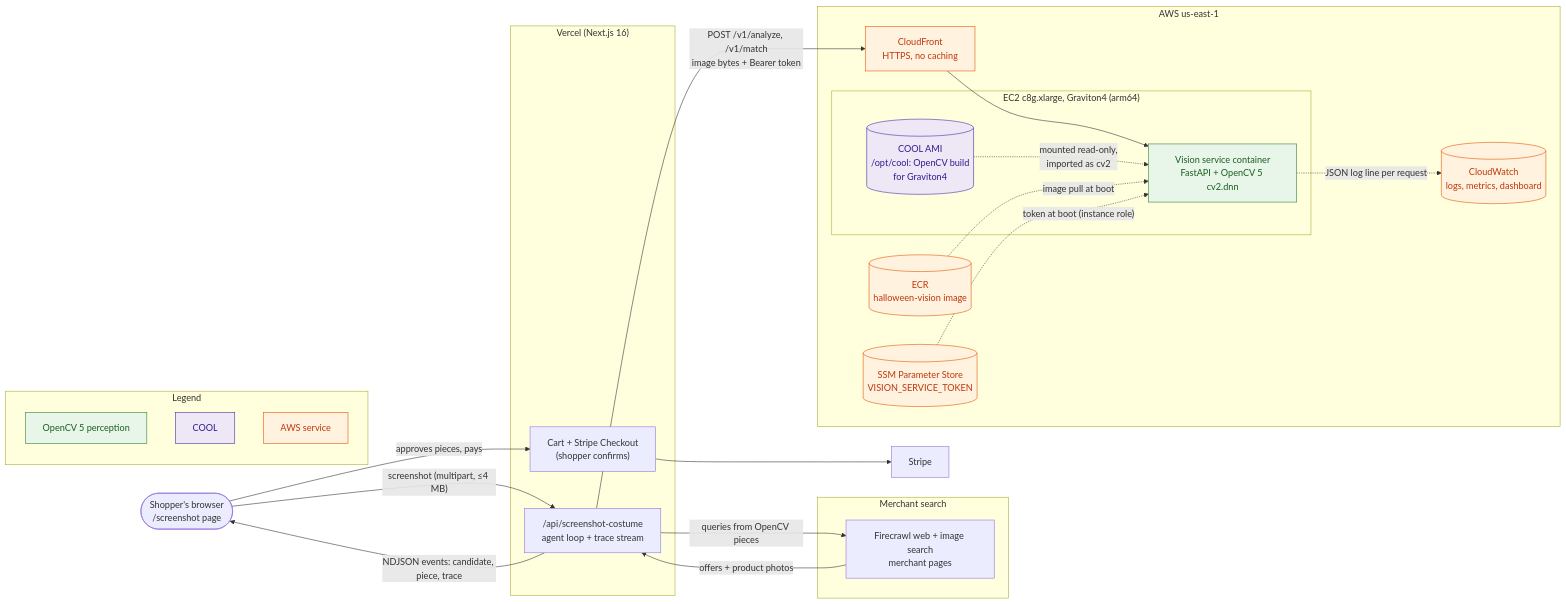
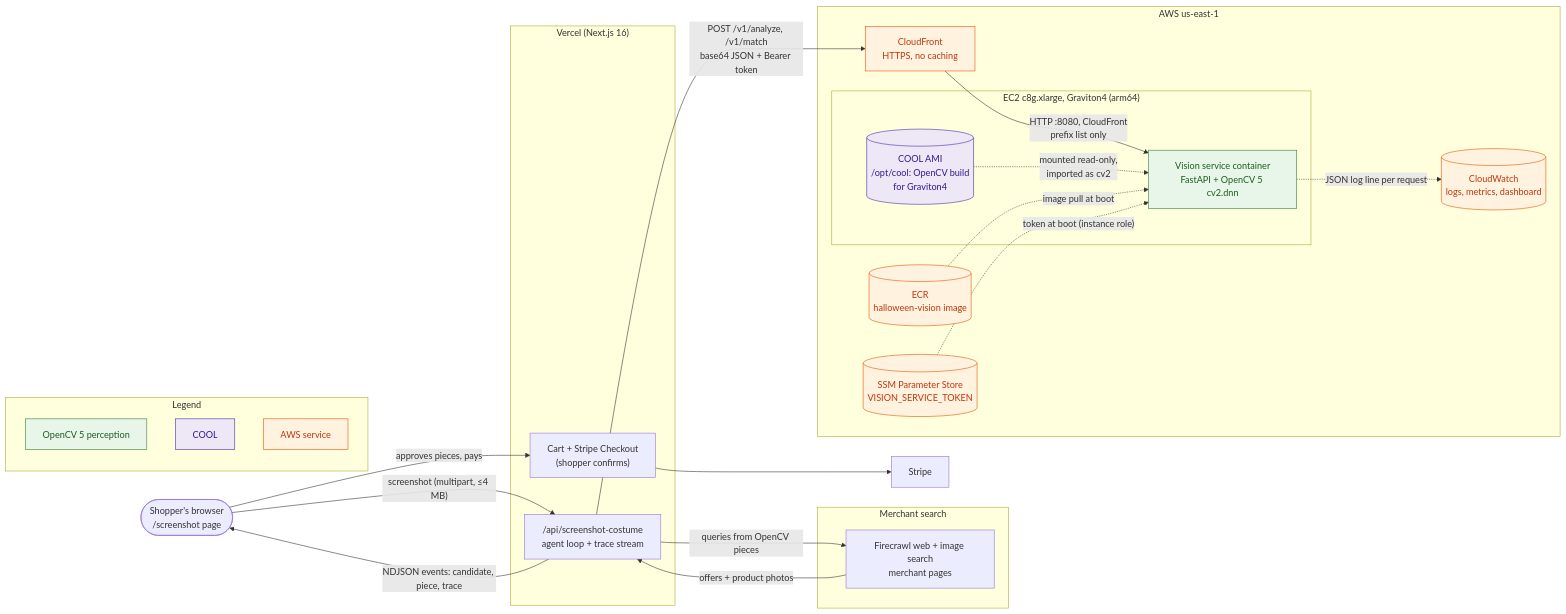
One commit to ohong/halloween-supply changed the diagram in docs/opencv-competition/architecture.mmd. Above: the diagram before and after it, drawn with Mermaid. The commit also changed 8 other files, not shown here.

```diff
--- a/docs/opencv-competition/architecture.mmd
+++ b/docs/opencv-competition/architecture.mmd
@@ -1,52 +1,52 @@
 %% Source for architecture.svg. Render: bunx @mermaid-js/mermaid-cli@11.4.2 -i architecture.mmd -o architecture.svg -b white
 flowchart LR
   shopper(["Shopper's browser<br/>/screenshot page"])
 
   subgraph vercel["Vercel (Next.js 16)"]
     route["/api/screenshot-costume<br/>agent loop + trace stream"]
     checkout["Cart + Stripe Checkout<br/>(shopper confirms)"]
   end
 
   subgraph web["Merchant search"]
     firecrawl["Firecrawl web + image search<br/>merchant pages"]
   end
 
   subgraph aws["AWS us-east-1"]
     cf["CloudFront<br/>HTTPS, no caching"]
     subgraph ec2["EC2 c8g.xlarge, Graviton4 (arm64)"]
       cool[("COOL AMI<br/>/opt/cool: OpenCV build<br/>for Graviton4")]
       svc["Vision service container<br/>FastAPI + OpenCV 5 cv2.dnn"]
     end
     ecr[("ECR<br/>halloween-vision image")]
     ssm[("SSM Parameter Store<br/>VISION_SERVICE_TOKEN")]
     cw[("CloudWatch<br/>logs, metrics, dashboard")]
   end
 
   stripe["Stripe"]
 
   shopper -- "screenshot (multipart, ≤4 MB)" --> route
   route -- "NDJSON events: candidate, piece, trace" --> shopper
-  route -- "POST /v1/analyze, /v1/match<br/>image bytes + Bearer token" --> cf
-  cf --> svc
+  route -- "POST /v1/analyze, /v1/match<br/>base64 JSON + Bearer token" --> cf
+  cf -- "HTTP :8080, CloudFront<br/>prefix list only" --> svc
   route -- "queries from OpenCV pieces" --> firecrawl
   firecrawl -- "offers + product photos" --> route
   cool -. "mounted read-only,<br/>imported as cv2" .-> svc
   ecr -. "image pull at boot" .-> svc
   ssm -. "token at boot (instance role)" .-> svc
   svc -. "JSON log line per request" .-> cw
   shopper -- "approves pieces, pays" --> checkout
   checkout --> stripe
 
   subgraph legend["Legend"]
     direction TB
     l1["OpenCV 5 perception"]
     l2["COOL"]
     l3["AWS service"]
   end
 
   classDef opencv fill:#e8f5e9,stroke:#2e7d32,color:#1b5e20
   classDef awsnode fill:#fff3e0,stroke:#e65100,color:#bf360c
   classDef cool fill:#ede7f6,stroke:#4527a0,color:#311b92
   class svc,l1 opencv
   class cool,l2 cool
   class cf,ecr,ssm,cw,l3 awsnode
```
